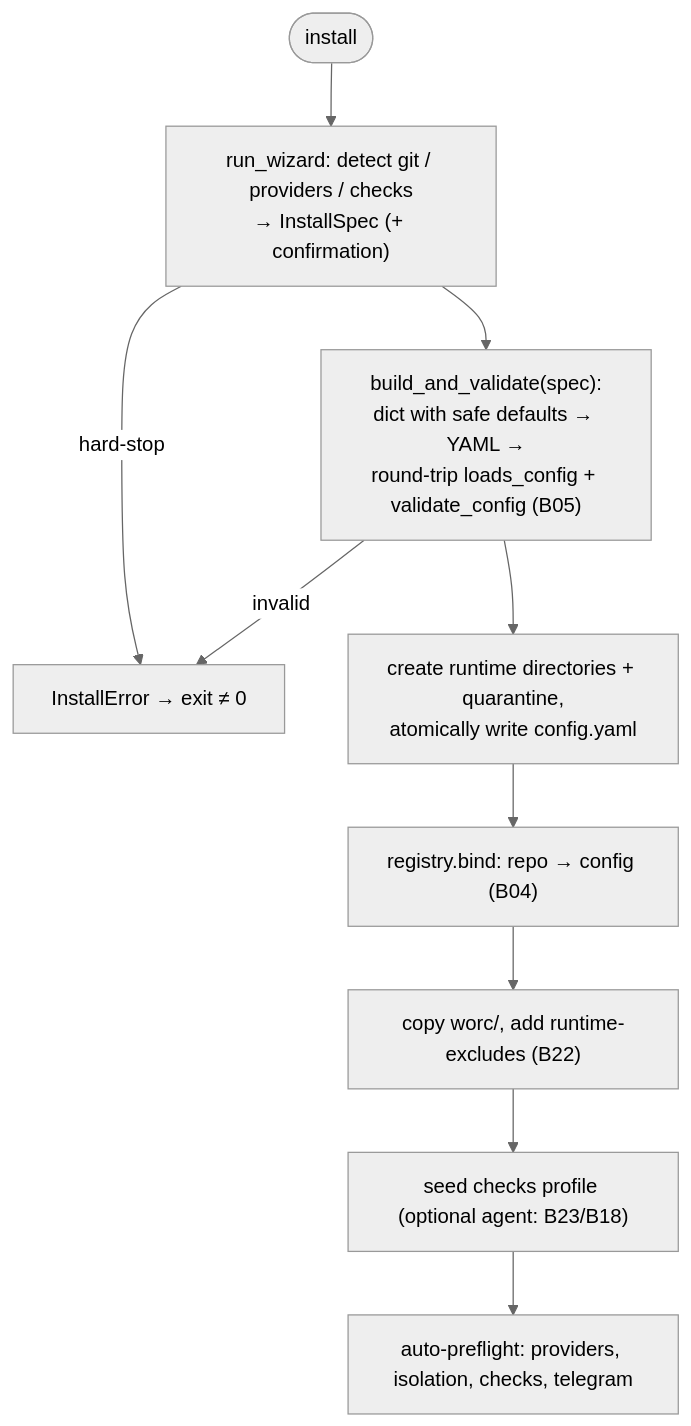
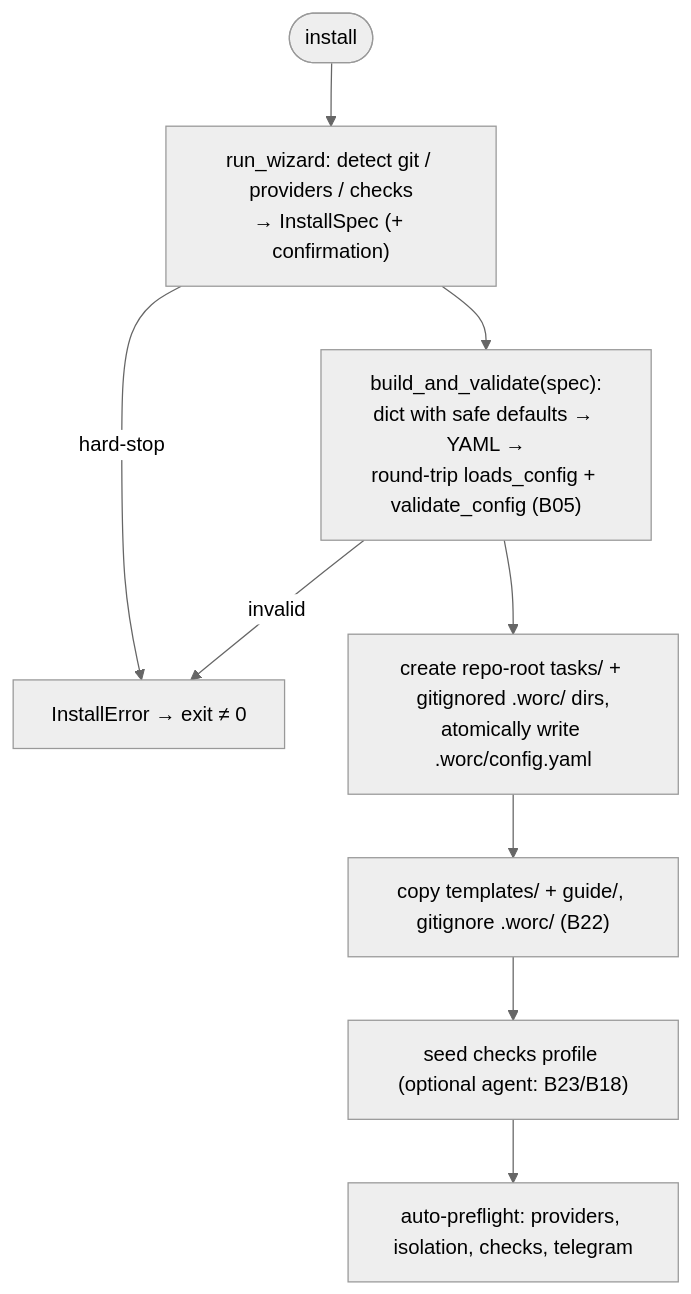
The diagram in docs/functional/blocks/B03-installer-and-scaffolding.md (VladimirMakarevich/wastech-orchestrator), drawn with Mermaid (neutral theme) before and after one commit. The commit also changed other lines of this file and 59 other files, not shown here.

````diff
--- a/docs/functional/blocks/B03-installer-and-scaffolding.md
+++ b/docs/functional/blocks/B03-installer-and-scaffolding.md
@@ -49,12 +48,11 @@
 ```mermaid
 flowchart TB
     start(["install"]) --> wiz["run_wizard: detect git / providers / checks<br/>→ InstallSpec (+ confirmation)"]
     wiz -->|hard-stop| err["InstallError → exit ≠ 0"]
     wiz --> gen["build_and_validate(spec):<br/>dict with safe defaults → YAML →<br/>round-trip loads_config + validate_config (B05)"]
     gen -->|invalid| err
-    gen --> dirs["create runtime directories + quarantine,<br/>atomically write config.yaml"]
-    dirs --> bind["registry.bind: repo → config (B04)"]
-    bind --> docs["copy worc/, add runtime-excludes (B22)"]
+    gen --> dirs["create repo-root tasks/ + gitignored .worc/ dirs,<br/>atomically write .worc/config.yaml"]
+    dirs --> docs["copy templates/ + guide/, gitignore .worc/ (B22)"]
     docs --> seed["seed checks profile (optional agent: B23/B18)"]
     seed --> pre["auto-preflight: providers, isolation, checks, telegram"]
 ```
````
